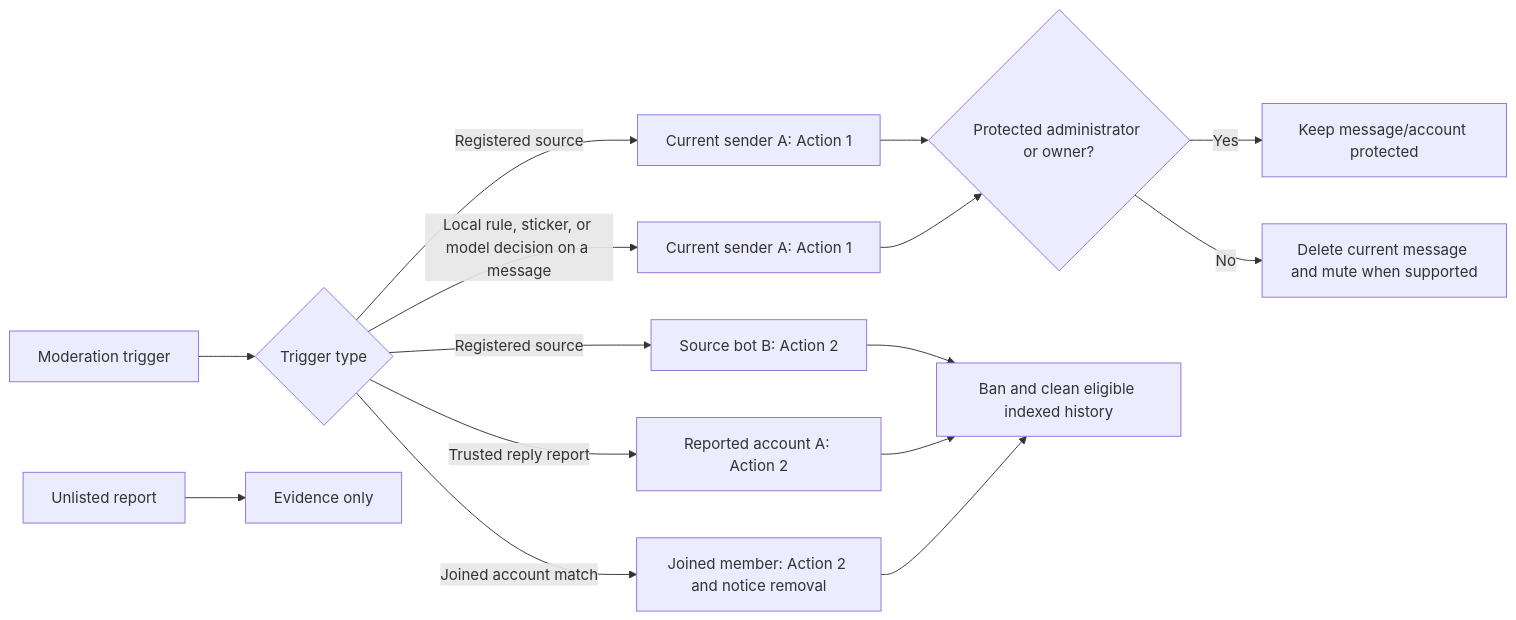
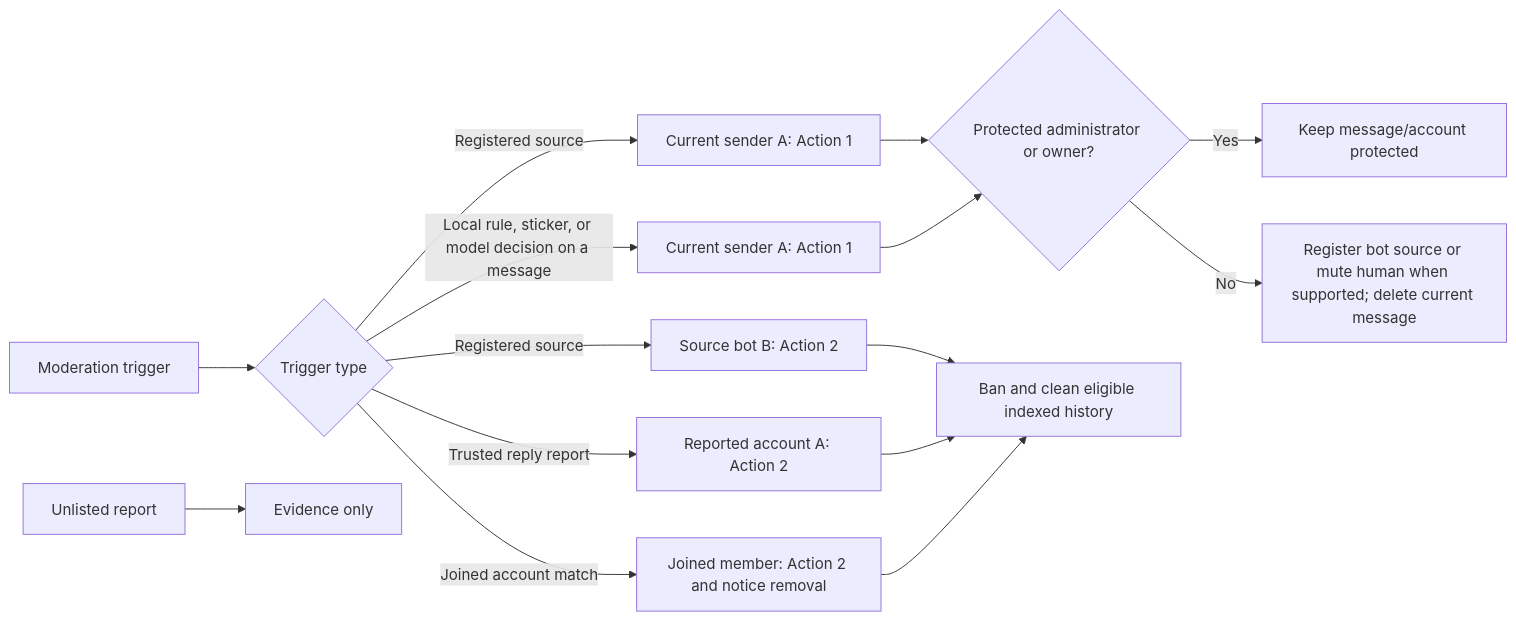
Before and after one commit to IceCodeNew/anti-fwd-spam: the second of 2 diagrams in docs/behavior.md, drawn with Mermaid. The commit also changed other lines of this file and 5 other files, not shown here.

Commit message:
Register spam bot senders in the source blacklist

````diff
--- a/docs/behavior.md
+++ b/docs/behavior.md
@@ -76,17 +76,17 @@
 ```mermaid
 flowchart LR
     A[Moderation trigger] --> B{Trigger type}
     B -->|Registered source| C[Current sender A: Action 1]
     B -->|Registered source| D[Source bot B: Action 2]
     B -->|Trusted reply report| E[Reported account A: Action 2]
     B -->|Local rule, sticker, or model decision on a message| F[Current sender A: Action 1]
     B -->|Joined account match| M[Joined member: Action 2 and notice removal]
     G[Unlisted report] --> H[Evidence only]
     C --> I{Protected administrator or owner?}
     F --> I
     I -->|Yes| J[Keep message/account protected]
-    I -->|No| K[Delete current message and mute when supported]
+    I -->|No| K[Register bot source or mute human when supported; delete current message]
     D --> L[Ban and clean eligible indexed history]
     E --> L
     M --> L
 ```
````
